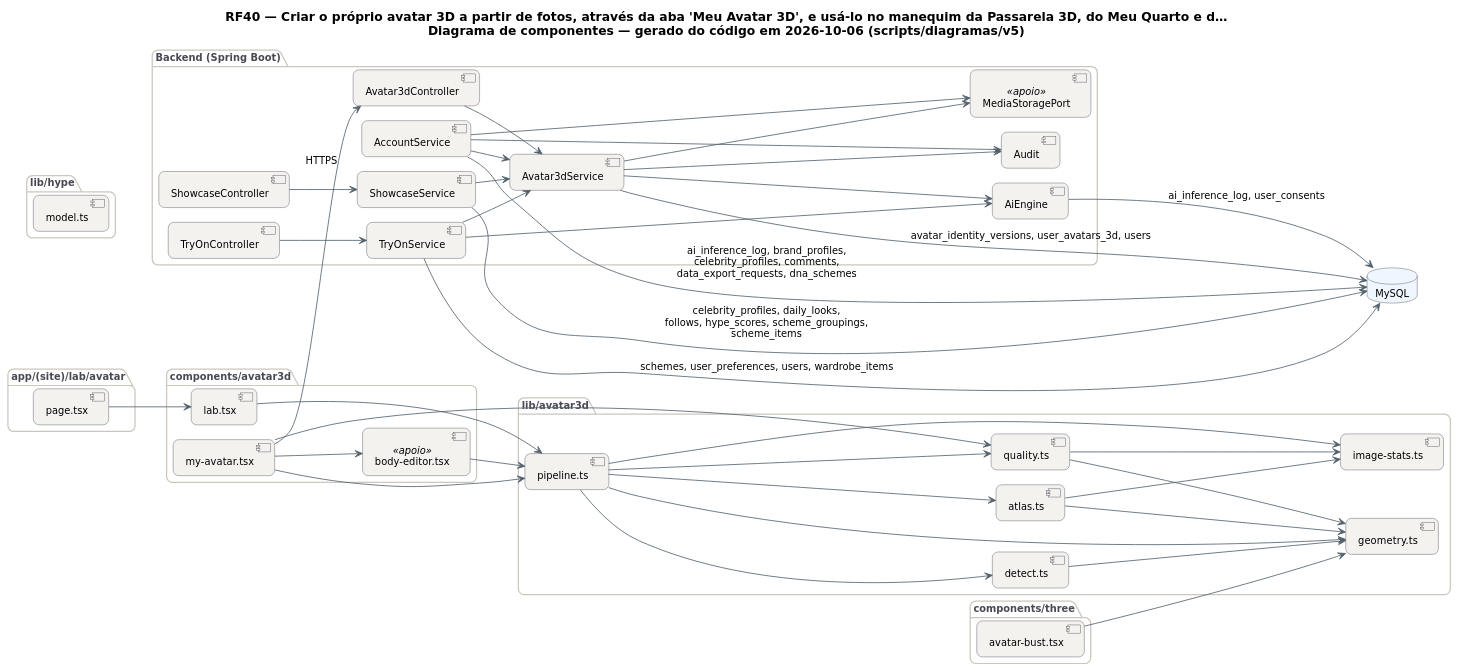
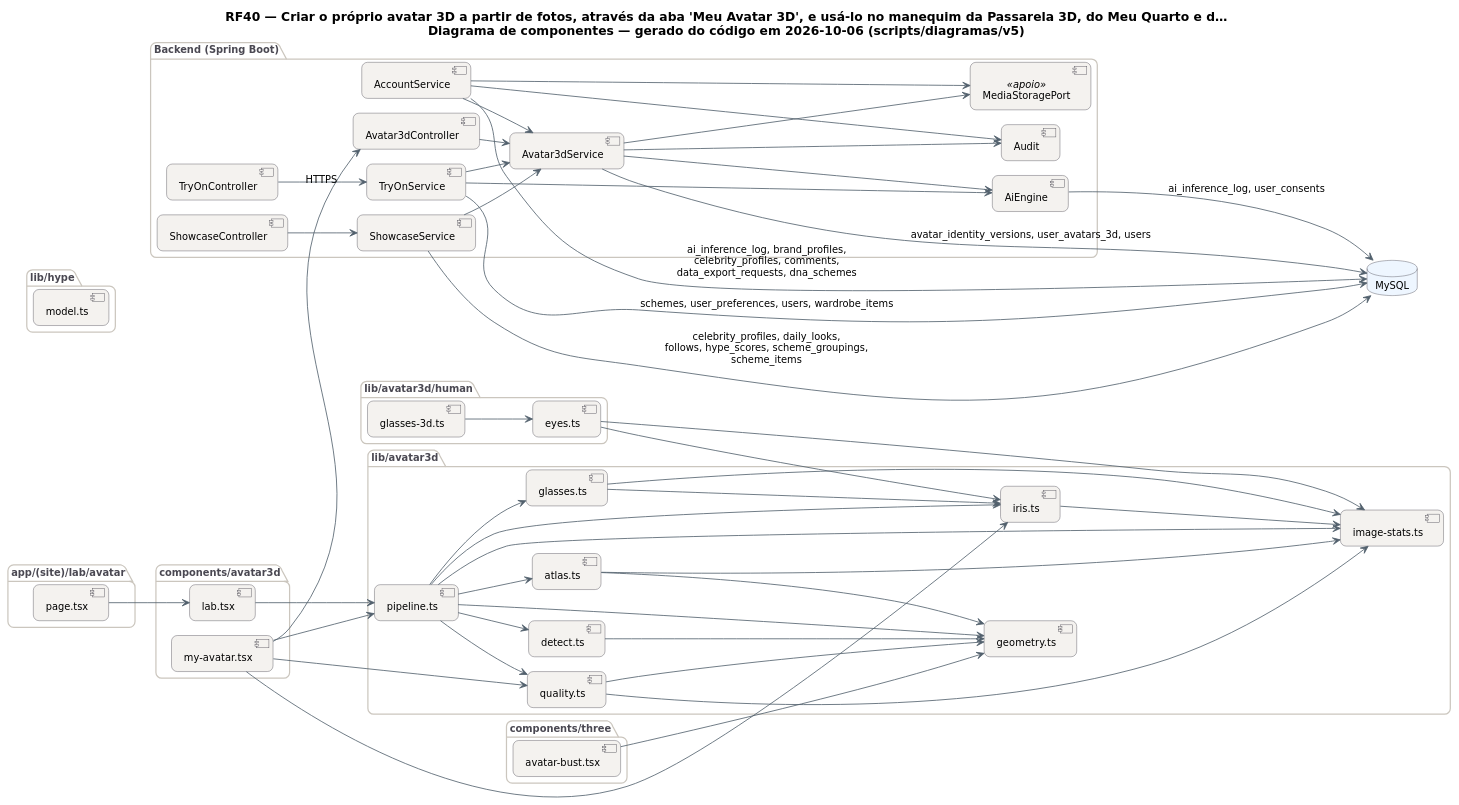
Before and after one commit to MatheusHaliski/tcc-2026-fashion-ai-backend: the diagram in docs/diagramas/RF40/RF40-componentes.puml, drawn with PlantUML. The commit also changed 30 other files, not shown here.

```diff
--- a/docs/diagramas/RF40/RF40-componentes.puml
+++ b/docs/diagramas/RF40/RF40-componentes.puml
@@ -1,104 +1,116 @@
 @startuml RF40_Componentes
 !pragma layout smetana
 skinparam backgroundColor #FFFFFF
 skinparam shadowing false
 skinparam defaultFontName "DejaVu Sans"
 skinparam defaultFontSize 12
 skinparam titleFontSize 15
 skinparam roundcorner 14
 skinparam ArrowColor #52606D
 skinparam note {
   BackgroundColor #FFFDEB
   BorderColor #D8CE78
   FontColor #554F24
 }
 skinparam component {
   BackgroundColor #F4F2EF
   BorderColor #4A4852
 }
 skinparam package {
   BorderColor #CBC6BE
   FontColor #4A4852
 }
 skinparam database {
   BackgroundColor #EEF6FF
   BorderColor #4A4852
 }
 skinparam cloud {
   BackgroundColor #F0FBF6
   BorderColor #4A4852
 }
 left to right direction
 title RF40 — Criar o próprio avatar 3D a partir de fotos, através da aba 'Meu Avatar 3D', e usá-lo no manequim da Passarela 3D, do Meu Quarto e d…\nDiagrama de componentes — gerado do código em 2026-10-06 (scripts/diagramas/v5)
 
 package "app/(site)/lab/avatar" {
   component "page.tsx" as m_app__site__lab_avatar_page_tsx
 }
 package "components/avatar3d" {
   component "my-avatar.tsx" as m_components_avatar3d_my_avatar_tsx
   component "lab.tsx" as m_components_avatar3d_lab_tsx
-  component "body-editor.tsx" as m_components_avatar3d_body_editor_tsx <<apoio>>
 }
 package "lib/avatar3d" {
   component "pipeline.ts" as m_lib_avatar3d_pipeline_ts
   component "detect.ts" as m_lib_avatar3d_detect_ts
   component "geometry.ts" as m_lib_avatar3d_geometry_ts
   component "image-stats.ts" as m_lib_avatar3d_image_stats_ts
   component "quality.ts" as m_lib_avatar3d_quality_ts
   component "atlas.ts" as m_lib_avatar3d_atlas_ts
+  component "iris.ts" as m_lib_avatar3d_iris_ts
+  component "glasses.ts" as m_lib_avatar3d_glasses_ts
 }
 package "lib/hype" {
   component "model.ts" as m_lib_hype_model_ts
 }
 package "components/three" {
   component "avatar-bust.tsx" as m_components_three_avatar_bust_tsx
+}
+package "lib/avatar3d/human" {
+  component "eyes.ts" as m_lib_avatar3d_human_eyes_ts
+  component "glasses-3d.ts" as m_lib_avatar3d_human_glasses_3d_ts
 }
 package "Backend (Spring Boot)" {
   component "Avatar3dController" as Avatar3dController
   component "ShowcaseController" as ShowcaseController
   component "TryOnController" as TryOnController
   component "AiEngine" as AiEngine
   component "Audit" as Audit
   component "MediaStoragePort" as MediaStoragePort <<apoio>>
   component "AccountService" as AccountService
   component "Avatar3dService" as Avatar3dService
   component "ShowcaseService" as ShowcaseService
   component "TryOnService" as TryOnService
 }
 database "MySQL" as DB_MySQL
 AccountService --> Audit
 AccountService --> Avatar3dService
 AccountService --> DB_MySQL : ai_inference_log, brand_profiles,\ncelebrity_profiles, comments,\ndata_export_requests, dna_schemes
 AccountService --> MediaStoragePort
 AiEngine --> DB_MySQL : ai_inference_log, user_consents
 Avatar3dController --> Avatar3dService
 Avatar3dService --> AiEngine
 Avatar3dService --> Audit
 Avatar3dService --> DB_MySQL : avatar_identity_versions, user_avatars_3d, users
 Avatar3dService --> MediaStoragePort
 ShowcaseController --> ShowcaseService
 ShowcaseService --> Avatar3dService
 ShowcaseService --> DB_MySQL : celebrity_profiles, daily_looks,\nfollows, hype_scores, scheme_groupings,\nscheme_items
 TryOnController --> TryOnService
 TryOnService --> AiEngine
 TryOnService --> Avatar3dService
 TryOnService --> DB_MySQL : schemes, user_preferences, users, wardrobe_items
 m_app__site__lab_avatar_page_tsx --> m_components_avatar3d_lab_tsx
-m_components_avatar3d_body_editor_tsx --> m_lib_avatar3d_pipeline_ts
 m_components_avatar3d_lab_tsx --> m_lib_avatar3d_pipeline_ts
 m_components_avatar3d_my_avatar_tsx --> Avatar3dController : HTTPS
-m_components_avatar3d_my_avatar_tsx --> m_components_avatar3d_body_editor_tsx
+m_components_avatar3d_my_avatar_tsx --> m_lib_avatar3d_iris_ts
 m_components_avatar3d_my_avatar_tsx --> m_lib_avatar3d_pipeline_ts
 m_components_avatar3d_my_avatar_tsx --> m_lib_avatar3d_quality_ts
 m_components_three_avatar_bust_tsx --> m_lib_avatar3d_geometry_ts
 m_lib_avatar3d_atlas_ts --> m_lib_avatar3d_geometry_ts
 m_lib_avatar3d_atlas_ts --> m_lib_avatar3d_image_stats_ts
 m_lib_avatar3d_detect_ts --> m_lib_avatar3d_geometry_ts
+m_lib_avatar3d_glasses_ts --> m_lib_avatar3d_image_stats_ts
+m_lib_avatar3d_glasses_ts --> m_lib_avatar3d_iris_ts
+m_lib_avatar3d_human_eyes_ts --> m_lib_avatar3d_image_stats_ts
+m_lib_avatar3d_human_eyes_ts --> m_lib_avatar3d_iris_ts
+m_lib_avatar3d_human_glasses_3d_ts --> m_lib_avatar3d_human_eyes_ts
+m_lib_avatar3d_iris_ts --> m_lib_avatar3d_image_stats_ts
 m_lib_avatar3d_pipeline_ts --> m_lib_avatar3d_atlas_ts
 m_lib_avatar3d_pipeline_ts --> m_lib_avatar3d_detect_ts
 m_lib_avatar3d_pipeline_ts --> m_lib_avatar3d_geometry_ts
+m_lib_avatar3d_pipeline_ts --> m_lib_avatar3d_glasses_ts
 m_lib_avatar3d_pipeline_ts --> m_lib_avatar3d_image_stats_ts
+m_lib_avatar3d_pipeline_ts --> m_lib_avatar3d_iris_ts
 m_lib_avatar3d_pipeline_ts --> m_lib_avatar3d_quality_ts
 m_lib_avatar3d_quality_ts --> m_lib_avatar3d_geometry_ts
 m_lib_avatar3d_quality_ts --> m_lib_avatar3d_image_stats_ts
 @enduml
```
